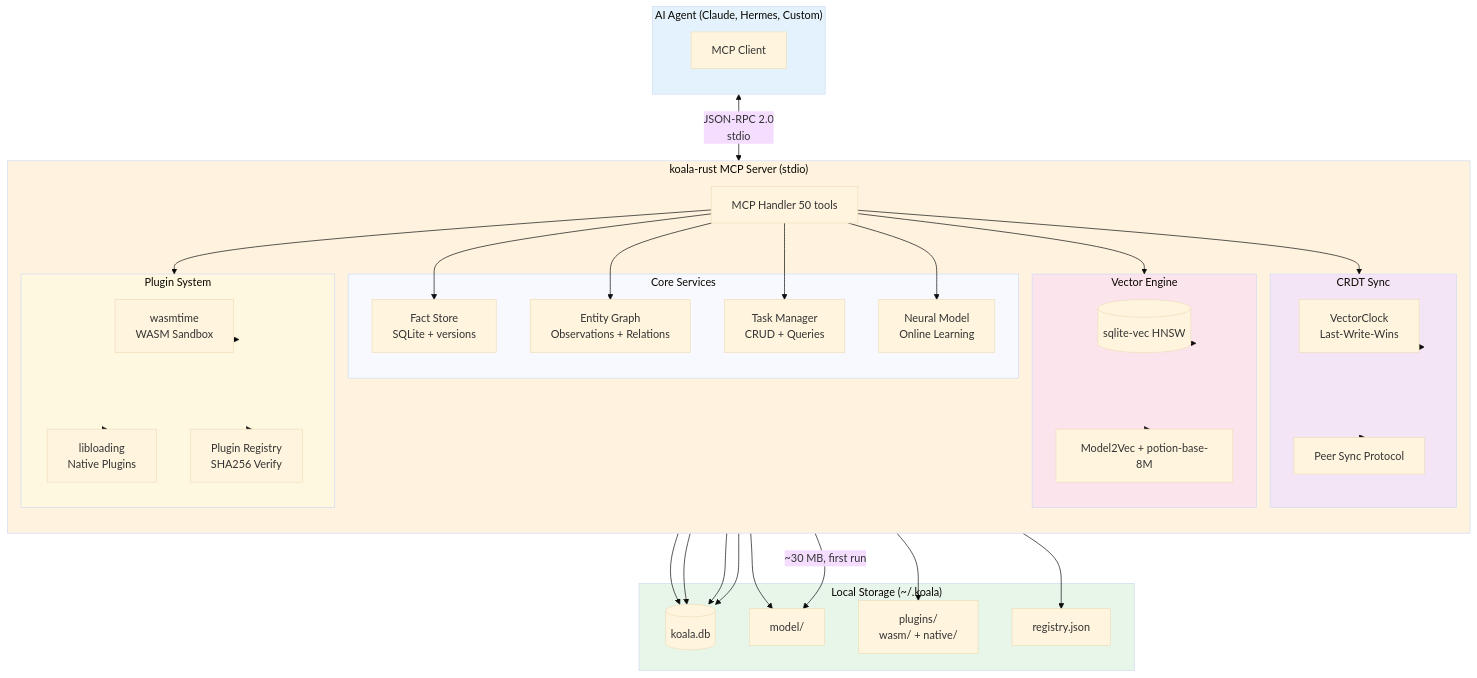
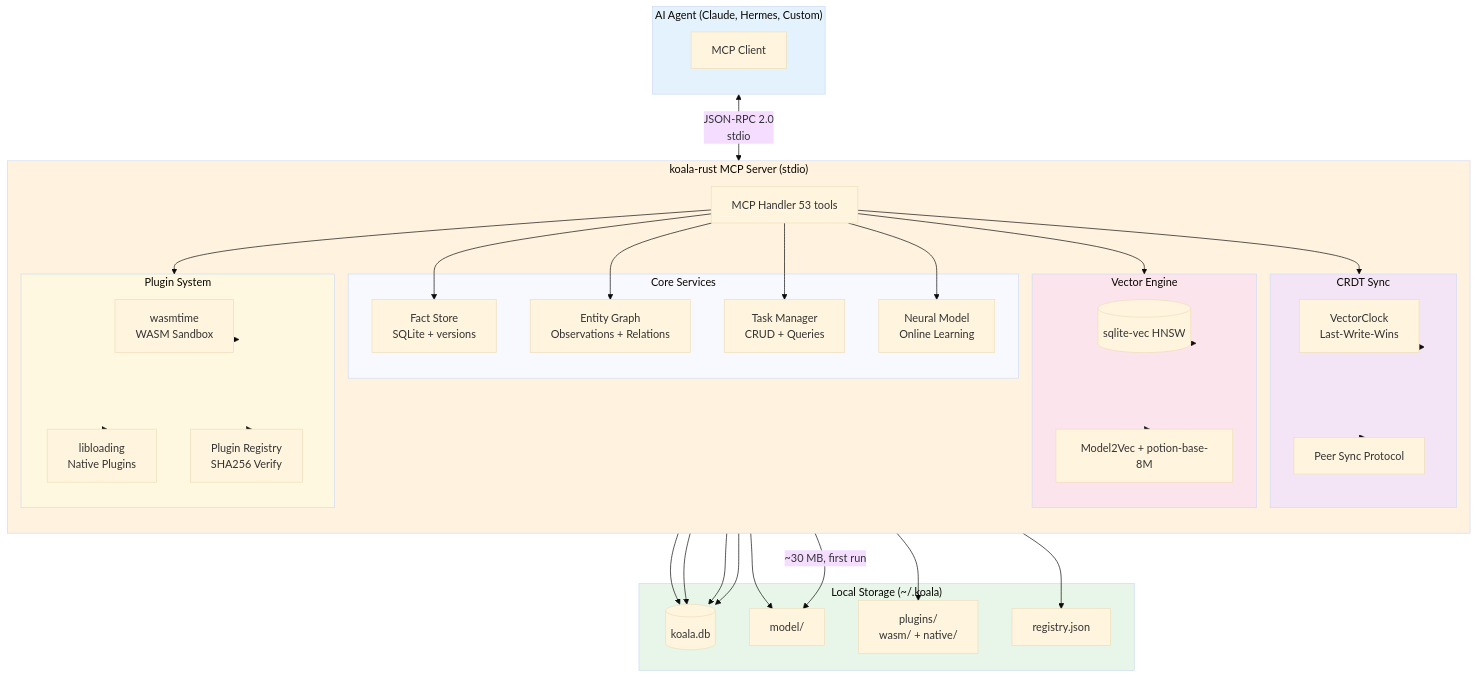
Before and after one commit to dbillion/koala-rust: the diagram in README.md, drawn with Mermaid (base theme). The commit also changed other lines of this file and 6 other files, not shown here.

````diff
--- a/README.md
+++ b/README.md
@@ -39,75 +39,75 @@
 ```mermaid
 flowchart TB
     subgraph Agent["AI Agent (Claude, Hermes, Custom)"]
         direction TB
         MCP_CLIENT[MCP Client]
     end
 
     subgraph Server["koala-rust MCP Server (stdio)"]
         direction TB
-        MCP_HANDLER[MCP Handler 50 tools]
+        MCP_HANDLER[MCP Handler 53 tools]
         
         subgraph Core["Core Services"]
             FACTS[Fact Store<br/>SQLite + versions]
             ENTITIES[Entity Graph<br/>Observations + Relations]
             TASKS[Task Manager<br/>CRUD + Queries]
             NEURAL[Neural Model<br/>Online Learning]
         end
         
         subgraph Vector["Vector Engine"]
             SQLITE_VEC[(sqlite-vec HNSW)]
             EMBEDDINGS[Model2Vec + potion-base-8M]
         end
         
         subgraph Sync["CRDT Sync"]
             VECTOR_CLOCK[VectorClock<br/>Last-Write-Wins]
             PEER_SYNC[Peer Sync Protocol]
         end
         
         subgraph Plugins["Plugin System"]
             WASM_RUNTIME[wasmtime<br/>WASM Sandbox]
             NATIVE_LOADER[libloading<br/>Native Plugins]
             MARKETPLACE[Plugin Registry<br/>SHA256 Verify]
         end
     end
 
     subgraph Storage["Local Storage (~/.koala)"]
         KOALA_DB[(koala.db)]
         MODEL_DIR[model/]
         PLUGIN_DIR[plugins/<br/>wasm/ + native/]
         REGISTRY[registry.json]
     end
 
     MCP_CLIENT <-->|JSON-RPC 2.0<br/>stdio| MCP_HANDLER
     MCP_HANDLER --> FACTS
     MCP_HANDLER --> ENTITIES
     MCP_HANDLER --> TASKS
     MCP_HANDLER --> NEURAL
     MCP_HANDLER --> Vector
     MCP_HANDLER --> Sync
     MCP_HANDLER --> Plugins
     
     FACTS --> KOALA_DB
     ENTITIES --> KOALA_DB
     TASKS --> KOALA_DB
     NEURAL --> MODEL_DIR
     Vector --> SQLITE_VEC
     Vector --> EMBEDDINGS
     Sync --> VECTOR_CLOCK
     Sync --> PEER_SYNC
     Plugins --> WASM_RUNTIME
     Plugins --> NATIVE_LOADER
     Plugins --> MARKETPLACE
     Plugins --> PLUGIN_DIR
     MARKETPLACE --> REGISTRY
     
     SQLITE_VEC --> KOALA_DB
     EMBEDDINGS -->|~30 MB, first run| MODEL_DIR
 
     style Agent fill:#e3f2fd
     style Server fill:#fff3e0
     style Storage fill:#e8f5e9
     style Vector fill:#fce4ec
     style Sync fill:#f3e5f5
     style Plugins fill:#fff8e1
 ```
````
